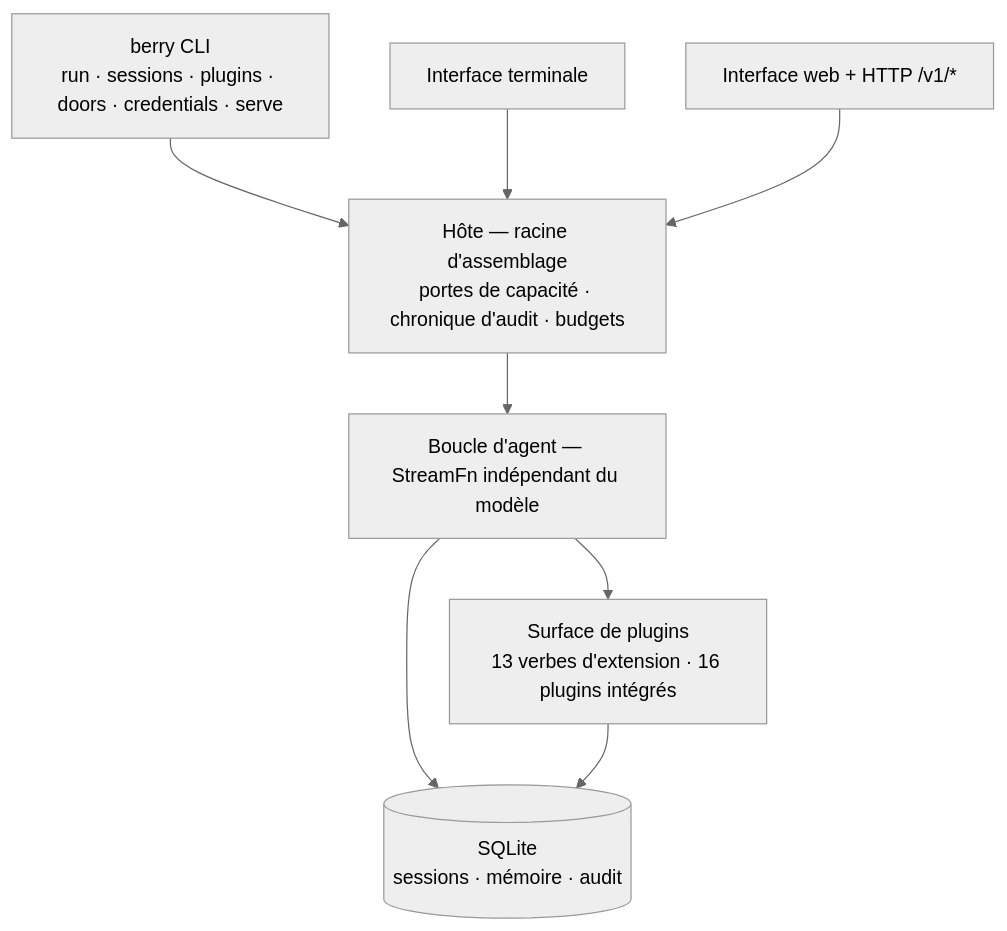
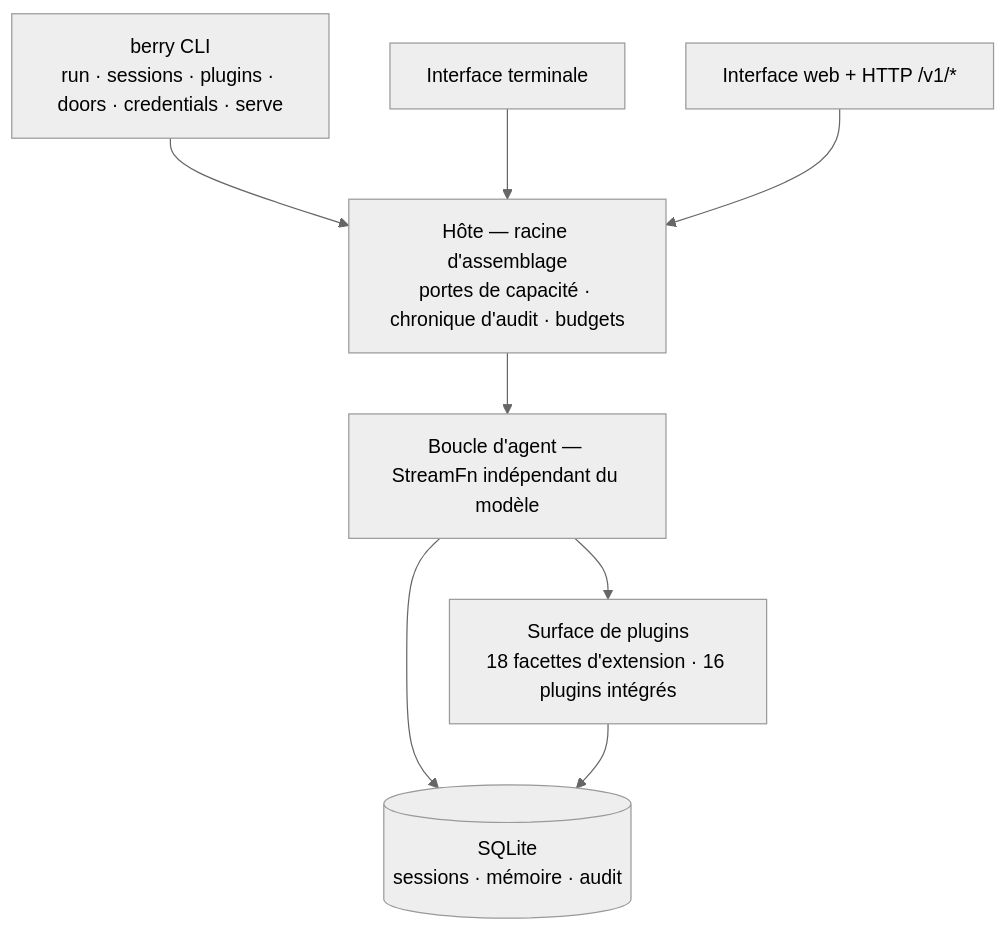
The diagram in README.fr.md (miuiadmin/berry-agent), drawn with Mermaid (neutral theme) before and after one commit. The commit also changed 10 other files, not shown here.

First line of the commit message:
fix(docs): ctx 能力面表补交互/压缩策略两行 + check 半装配标注 + 六语 mermaid 18 扩展面 + 知识域死指全清（doc-1/2/4 + eng-1②/eng-4 + rl-1/rl-2）

````diff
--- a/README.fr.md
+++ b/README.fr.md
@@ -136,17 +136,17 @@
 ```mermaid
 graph TD
     CLI["berry CLI<br/>run · sessions · plugins · doors · credentials · serve"]
     TUI["Interface terminale"]
     WEB["Interface web + HTTP /v1/*"]
     HOST["Hôte — racine d'assemblage<br/>portes de capacité · chronique d'audit · budgets"]
     LOOP["Boucle d'agent — StreamFn indépendant du modèle"]
-    PLUGINS["Surface de plugins<br/>13 verbes d'extension · 16 plugins intégrés"]
+    PLUGINS["Surface de plugins<br/>18 facettes d'extension · 16 plugins intégrés"]
     STORE[("SQLite<br/>sessions · mémoire · audit")]
     CLI --> HOST
     TUI --> HOST
     WEB --> HOST
     HOST --> LOOP
     LOOP --> PLUGINS
     LOOP --> STORE
     PLUGINS --> STORE
 ```
````
